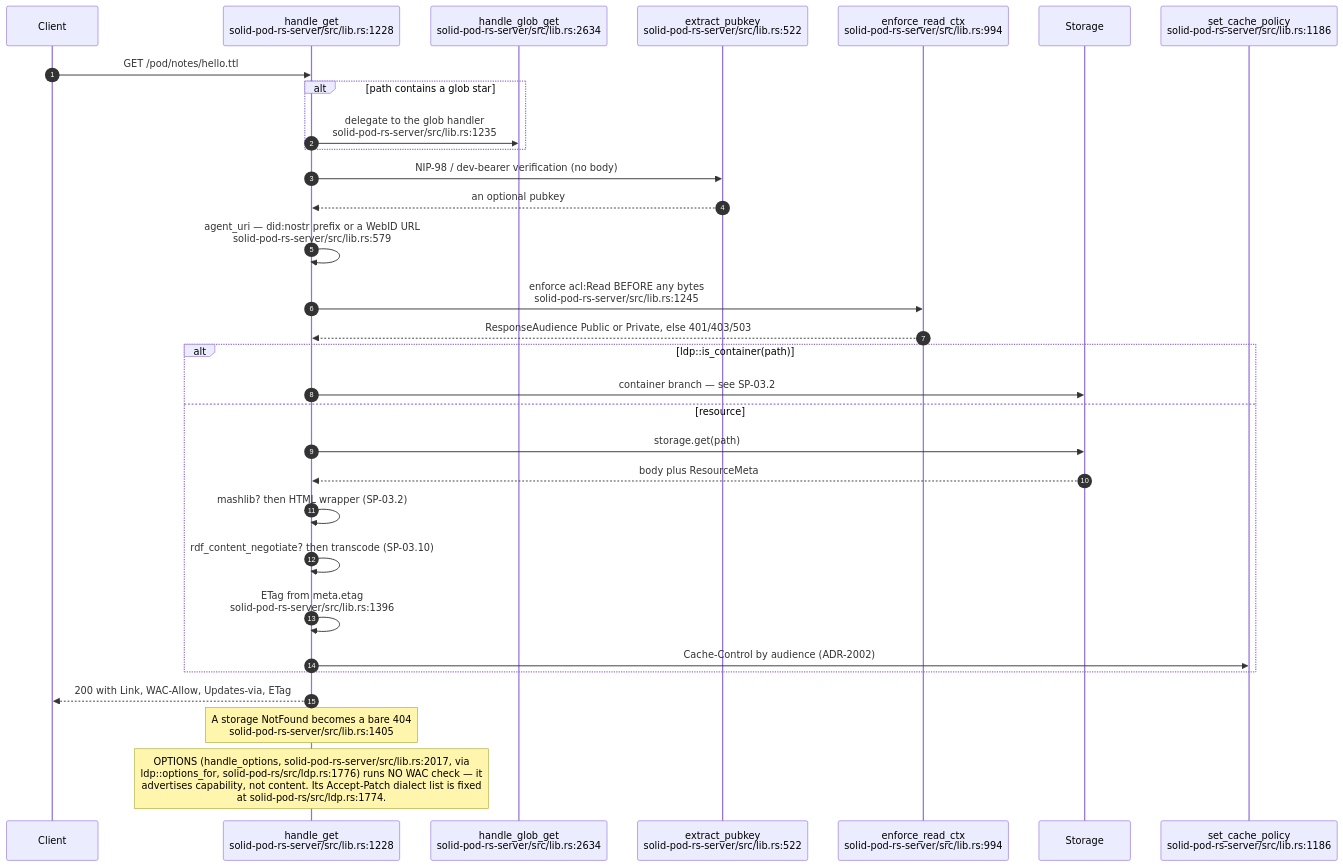
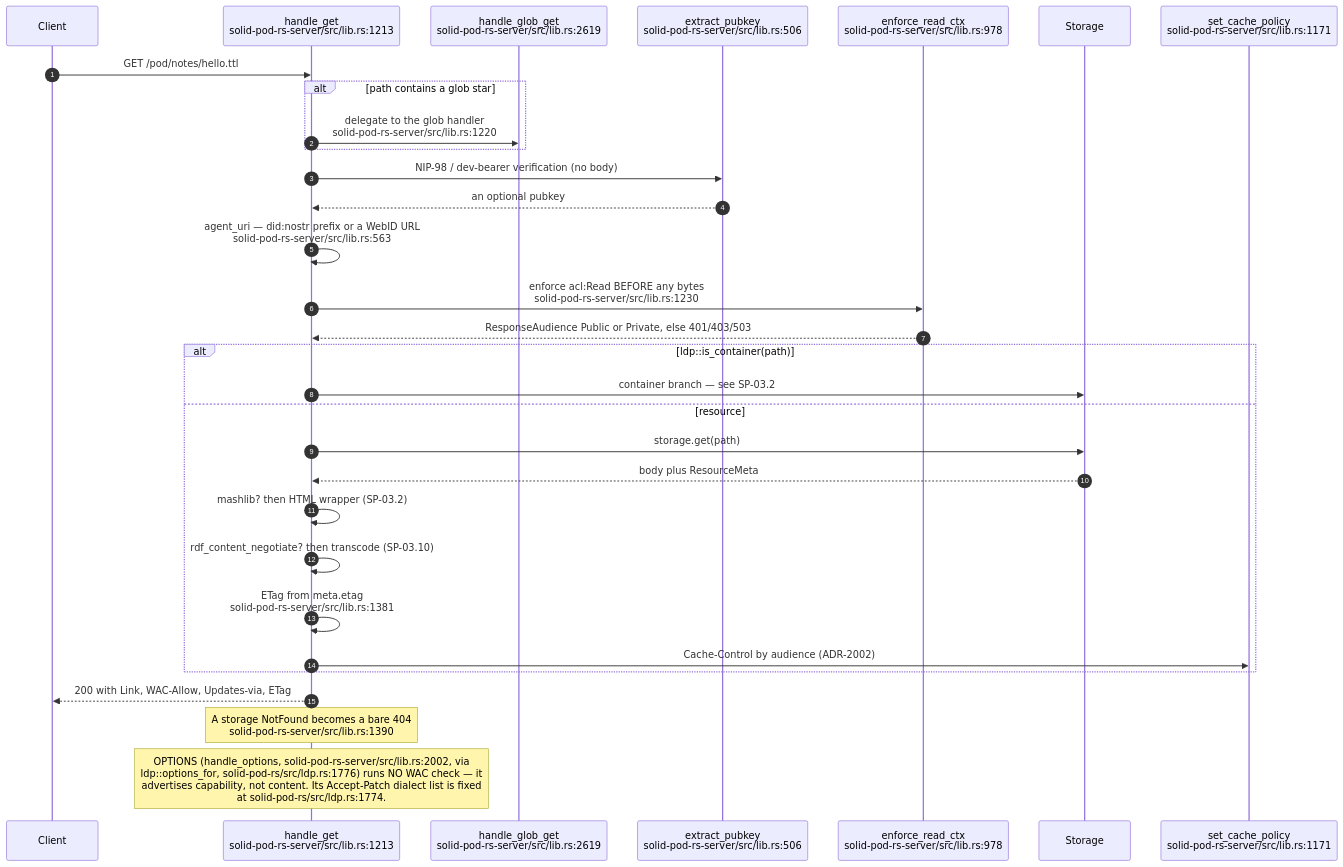
One commit to DreamLab-AI/VisionFlow changed the first of 11 diagrams in docs/diagrams/solid-pod-rs/03-ldp-request-lifecycle.md. Above: the diagram before and after it, drawn with Mermaid. The commit also changed other lines of this file and 21 other files, not shown here.

Commit message:
docs(diagrams): refresh first verified estate batch

````diff
--- a/docs/diagrams/solid-pod-rs/03-ldp-request-lifecycle.md
+++ b/docs/diagrams/solid-pod-rs/03-ldp-request-lifecycle.md
@@ -17,34 +17,34 @@
 ```mermaid
 sequenceDiagram
     autonumber
     participant C as Client
-    participant G as handle_get<br/>solid-pod-rs-server/src/lib.rs:1228
-    participant GL as handle_glob_get<br/>solid-pod-rs-server/src/lib.rs:2634
-    participant AU as extract_pubkey<br/>solid-pod-rs-server/src/lib.rs:522
-    participant W as enforce_read_ctx<br/>solid-pod-rs-server/src/lib.rs:994
+    participant G as handle_get<br/>solid-pod-rs-server/src/lib.rs:1213
+    participant GL as handle_glob_get<br/>solid-pod-rs-server/src/lib.rs:2619
+    participant AU as extract_pubkey<br/>solid-pod-rs-server/src/lib.rs:506
+    participant W as enforce_read_ctx<br/>solid-pod-rs-server/src/lib.rs:978
     participant S as Storage
-    participant CP as set_cache_policy<br/>solid-pod-rs-server/src/lib.rs:1186
+    participant CP as set_cache_policy<br/>solid-pod-rs-server/src/lib.rs:1171
 
     C->>G: GET /pod/notes/hello.ttl
     alt path contains a glob star
-        G->>GL: delegate to the glob handler<br/>solid-pod-rs-server/src/lib.rs:1235
+        G->>GL: delegate to the glob handler<br/>solid-pod-rs-server/src/lib.rs:1220
     end
     G->>AU: NIP-98 / dev-bearer verification (no body)
     AU-->>G: an optional pubkey
-    G->>G: agent_uri — did:nostr prefix or a WebID URL<br/>solid-pod-rs-server/src/lib.rs:579
-    G->>W: enforce acl:Read BEFORE any bytes<br/>solid-pod-rs-server/src/lib.rs:1245
+    G->>G: agent_uri — did:nostr prefix or a WebID URL<br/>solid-pod-rs-server/src/lib.rs:563
+    G->>W: enforce acl:Read BEFORE any bytes<br/>solid-pod-rs-server/src/lib.rs:1230
     W-->>G: ResponseAudience Public or Private, else 401/403/503
     alt ldp::is_container(path)
         G->>S: container branch — see SP-03.2
     else resource
         G->>S: storage.get(path)
         S-->>G: body plus ResourceMeta
         G->>G: mashlib? then HTML wrapper (SP-03.2)
         G->>G: rdf_content_negotiate? then transcode (SP-03.10)
-        G->>G: ETag from meta.etag<br/>solid-pod-rs-server/src/lib.rs:1396
+        G->>G: ETag from meta.etag<br/>solid-pod-rs-server/src/lib.rs:1381
         G->>CP: Cache-Control by audience (ADR-2002)
     end
     G-->>C: 200 with Link, WAC-Allow, Updates-via, ETag
-    Note over G: A storage NotFound becomes a bare 404<br/>solid-pod-rs-server/src/lib.rs:1405
-    Note over G: OPTIONS (handle_options, solid-pod-rs-server/src/lib.rs:2017, via<br/>ldp::options_for, solid-pod-rs/src/ldp.rs:1776) runs NO WAC check — it<br/>advertises capability, not content. Its Accept-Patch dialect list is fixed<br/>at solid-pod-rs/src/ldp.rs:1774.
+    Note over G: A storage NotFound becomes a bare 404<br/>solid-pod-rs-server/src/lib.rs:1390
+    Note over G: OPTIONS (handle_options, solid-pod-rs-server/src/lib.rs:2002, via<br/>ldp::options_for, solid-pod-rs/src/ldp.rs:1776) runs NO WAC check — it<br/>advertises capability, not content. Its Accept-Patch dialect list is fixed<br/>at solid-pod-rs/src/ldp.rs:1774.
 ```
````
